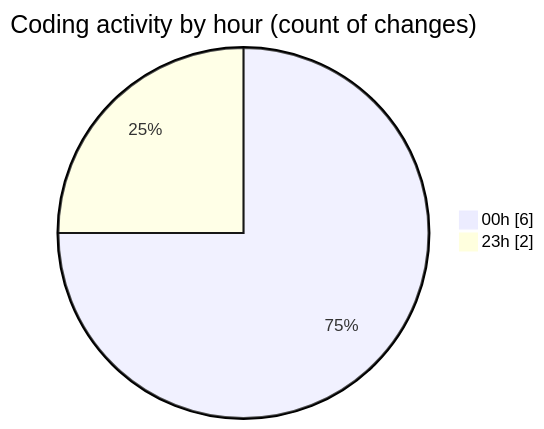
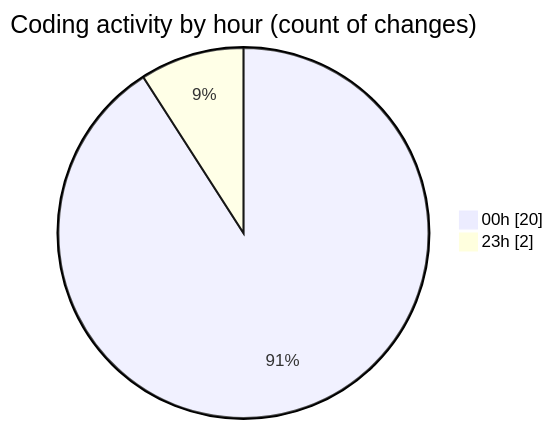
The second of 2 diagrams in 2026-04-08/t2s/README.md (Unknowalive/code-tracking), drawn with Mermaid before and after one commit. The commit also changed other lines of this file and 1 other file, not shown here.

````diff
--- a/2026-04-08/t2s/README.md
+++ b/2026-04-08/t2s/README.md
@@ -31,6 +38,6 @@
 ```mermaid
 pie showData
 title Coding activity by hour (count of changes)
-"00h" : 6
+"00h" : 20
 "23h" : 2
 ```
````
